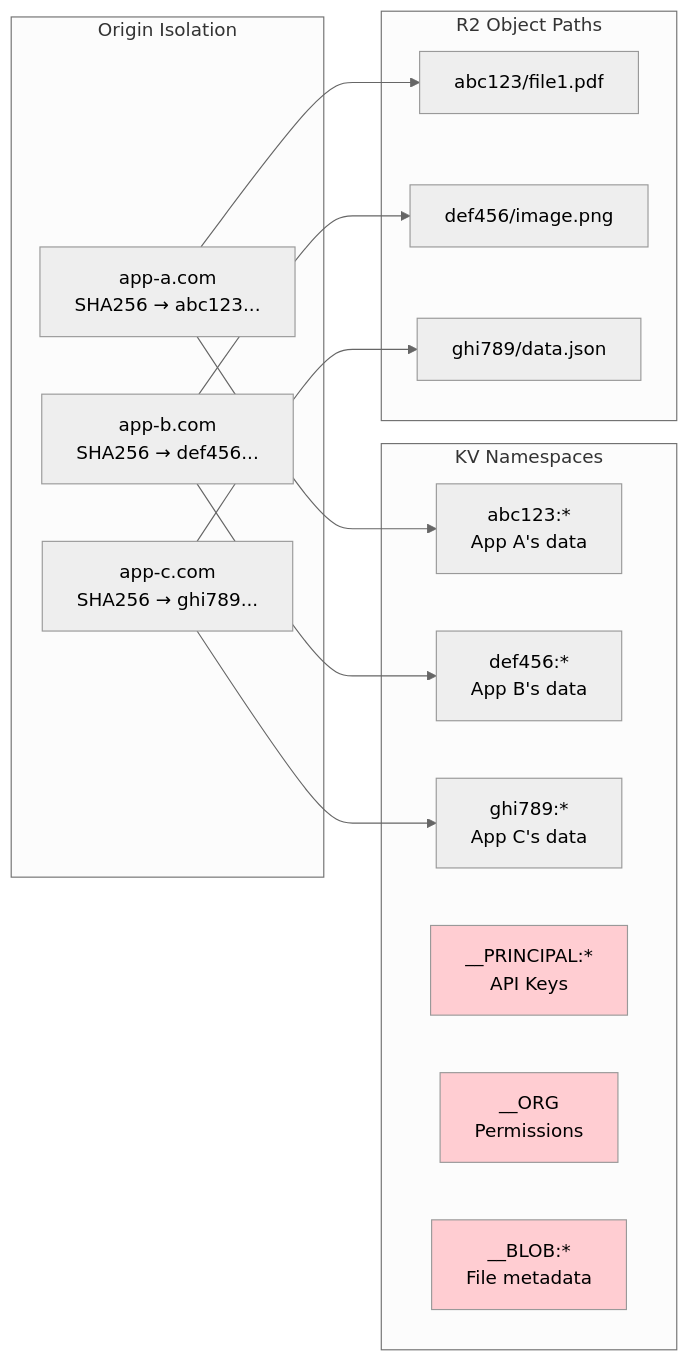
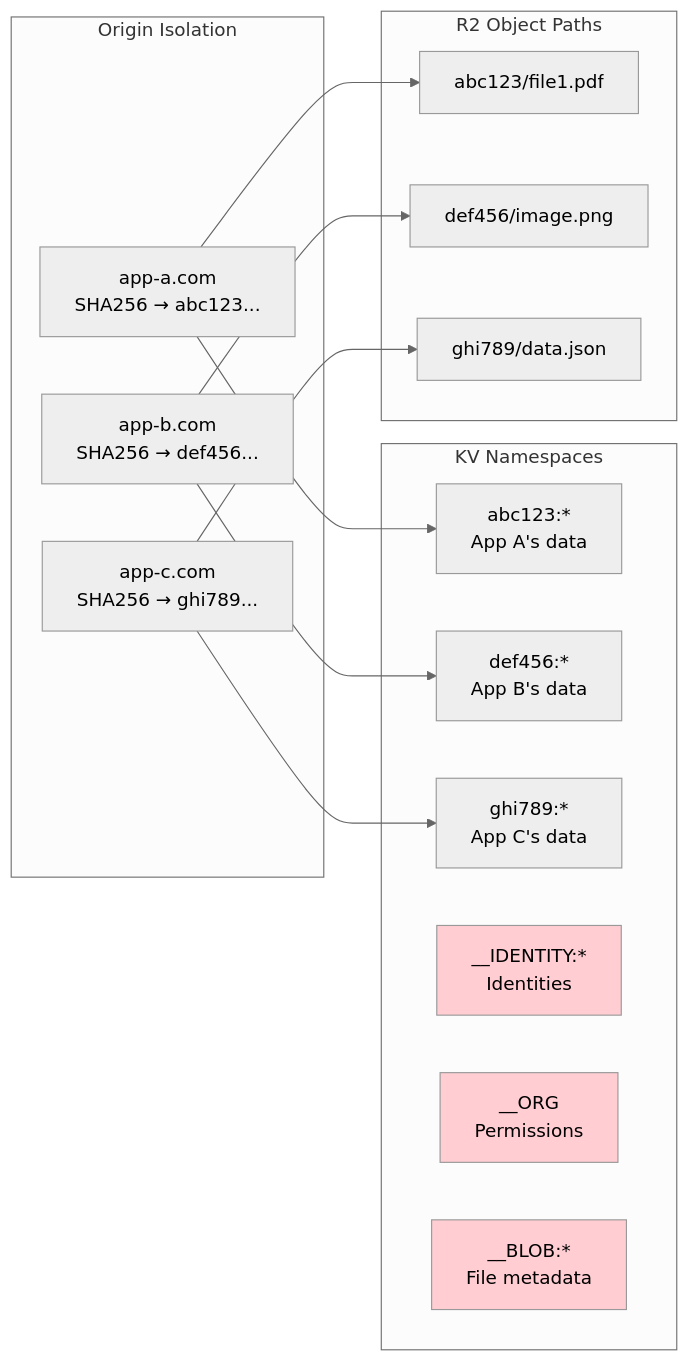
Before and after one commit to Federise/monorepo: the third of 3 diagrams in description.md, drawn with Mermaid (neutral theme). The commit also changed other lines of this file and 28 other files, not shown here.

First line of the commit message:
feat(identity): complete transition from principals to identities

````diff
--- a/description.md
+++ b/description.md
@@ -305,34 +305,34 @@
 ```mermaid
 flowchart LR
     subgraph Origins["Origin Isolation"]
         O1["app-a.com<br/>SHA256 → abc123..."]
         O2["app-b.com<br/>SHA256 → def456..."]
         O3["app-c.com<br/>SHA256 → ghi789..."]
     end
 
     subgraph KVNamespaces["KV Namespaces"]
         NS1["abc123:*<br/>App A's data"]
         NS2["def456:*<br/>App B's data"]
         NS3["ghi789:*<br/>App C's data"]
-        NSP["__PRINCIPAL:*<br/>API Keys"]
+        NSI["__IDENTITY:*<br/>Identities"]
         NSO["__ORG<br/>Permissions"]
         NSB["__BLOB:*<br/>File metadata"]
     end
 
     subgraph R2Paths["R2 Object Paths"]
         R1["abc123/file1.pdf"]
         R2["def456/image.png"]
         R3["ghi789/data.json"]
     end
 
     O1 --> NS1
     O1 --> R1
     O2 --> NS2
     O2 --> R2
     O3 --> NS3
     O3 --> R3
 
-    style NSP fill:#ffcdd2
+    style NSI fill:#ffcdd2
     style NSO fill:#ffcdd2
     style NSB fill:#ffcdd2
 ```
````
